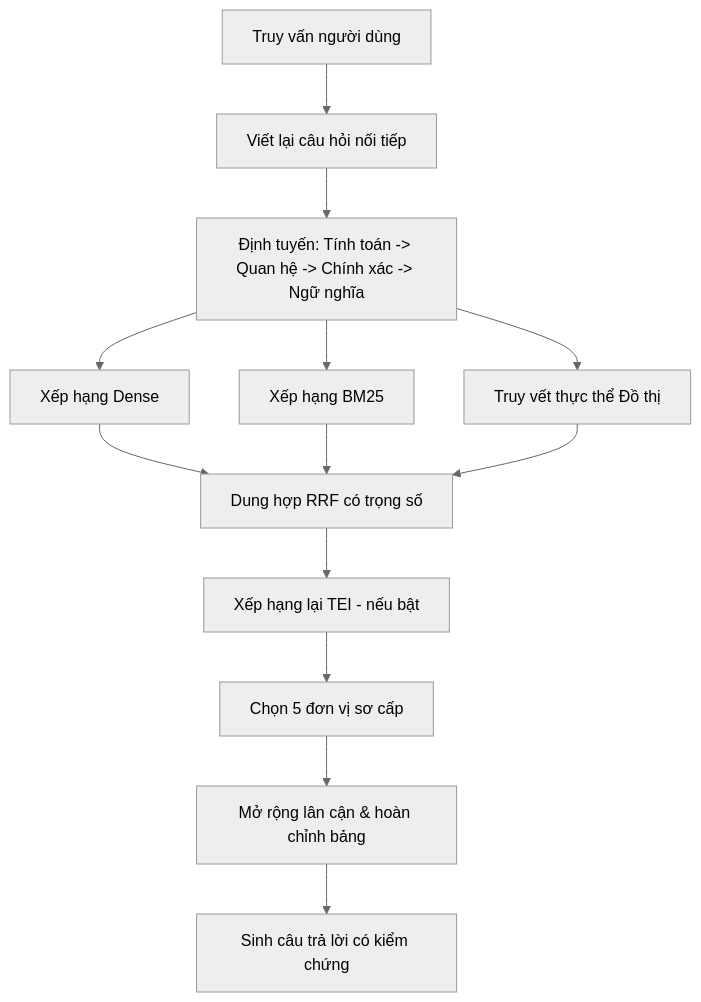
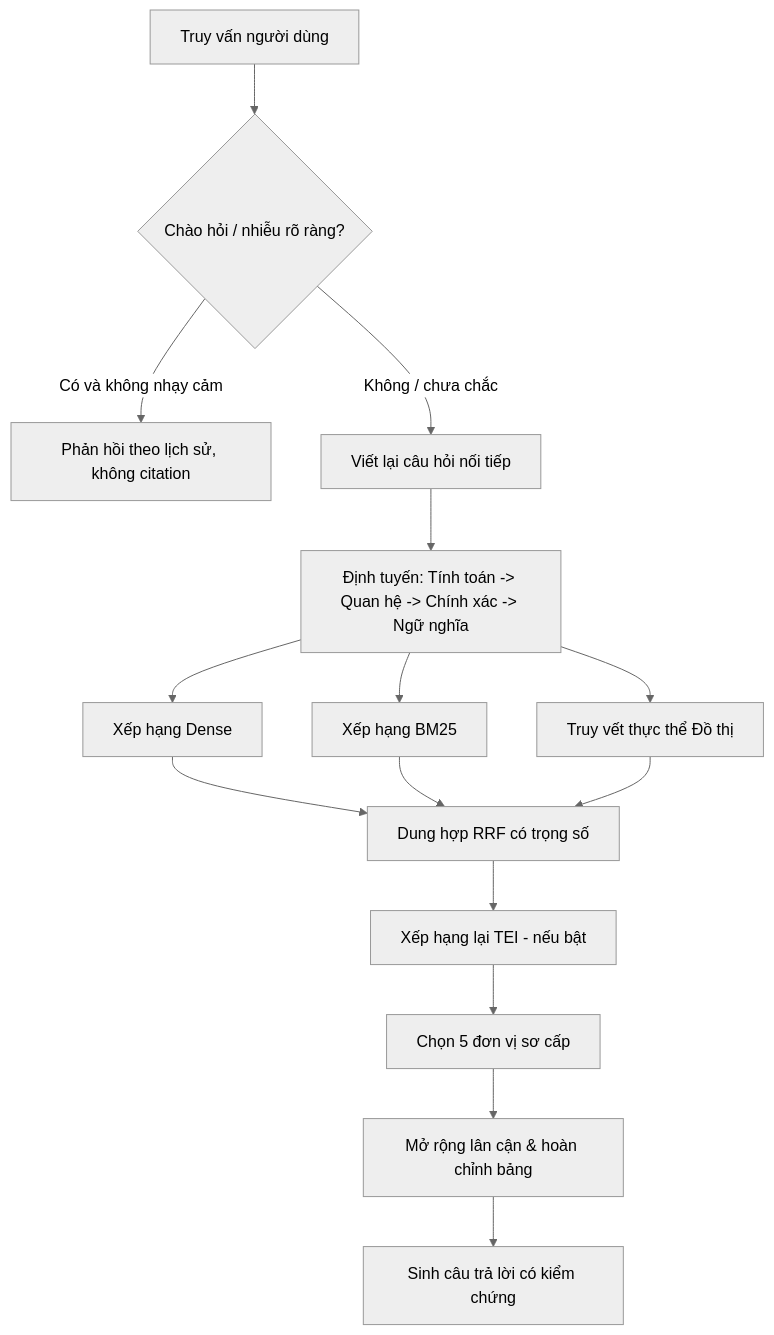
Before and after one commit to OpenVie/OpenVie: the second of 4 diagrams in docs/RETRIEVAL.md, drawn with Mermaid (neutral theme). The commit also changed other lines of this file and 47 other files, not shown here.

````diff
--- a/docs/RETRIEVAL.md
+++ b/docs/RETRIEVAL.md
@@ -60,15 +60,17 @@
 ```mermaid
 flowchart TD
-    Query[Truy vấn người dùng] --> Plan[Viết lại câu hỏi nối tiếp]
+    Query[Truy vấn người dùng] --> Gate{Chào hỏi / nhiễu rõ ràng?}
+    Gate -->|Có và không nhạy cảm| Polite[Phản hồi theo lịch sử, không citation]
+    Gate -->|Không / chưa chắc| Plan[Viết lại câu hỏi nối tiếp]
     Plan --> Route[Định tuyến: Tính toán -> Quan hệ -> Chính xác -> Ngữ nghĩa]
     Route --> Dense[Xếp hạng Dense]
     Route --> Sparse[Xếp hạng BM25]
     Route --> Graph[Truy vết thực thể Đồ thị]
     Dense --> Fusion[Dung hợp RRF có trọng số]
     Sparse --> Fusion
     Graph --> Fusion
     Fusion --> Rerank[Xếp hạng lại TEI - nếu bật]
     Rerank --> Select[Chọn 5 đơn vị sơ cấp]
     Select --> Neighbors[Mở rộng lân cận & hoàn chỉnh bảng]
     Neighbors --> Generate[Sinh câu trả lời có kiểm chứng]
 ```
````
